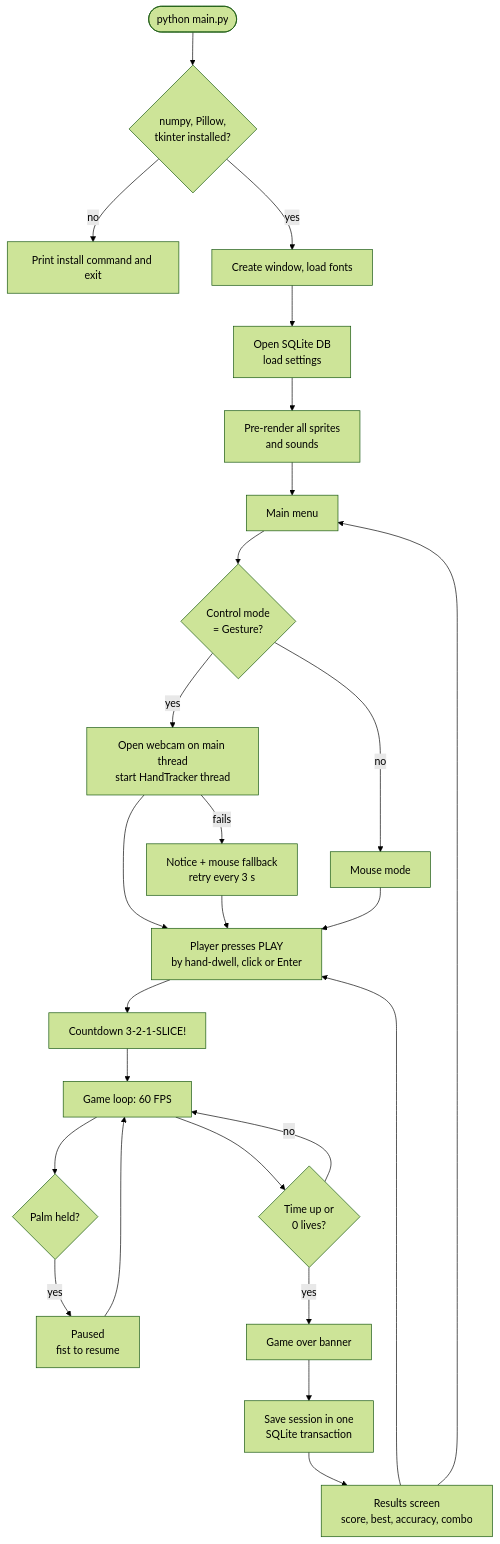
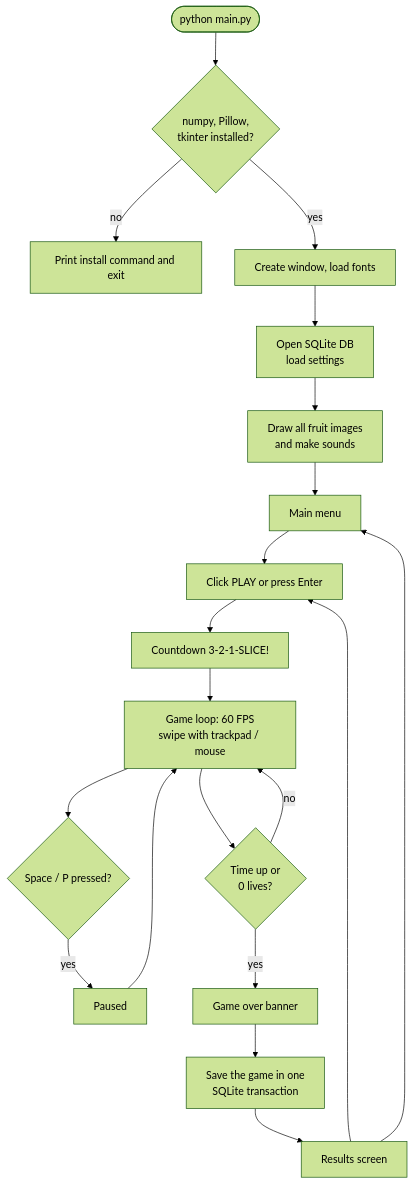
Before and after one commit to s-shriya2288/APP-project: the diagram in docs/WORKFLOW.md, drawn with Mermaid (forest theme). The commit also changed other lines of this file and 42 other files, not shown here.

First line of the commit message:
Remove camera hand tracking; play with trackpad / mouse only

````diff
--- a/docs/WORKFLOW.md
+++ b/docs/WORKFLOW.md
@@ -42,28 +35,22 @@
 ```mermaid
 flowchart TD
     A([python main.py]) --> B{numpy, Pillow,<br/>tkinter installed?}
     B -- no --> B1[Print install command and exit]
     B -- yes --> C[Create window, load fonts]
     C --> D[Open SQLite DB<br/>load settings]
-    D --> E[Pre-render all sprites<br/>and sounds]
+    D --> E[Draw all fruit images<br/>and make sounds]
     E --> F[Main menu]
-    F --> G{Control mode<br/>= Gesture?}
-    G -- yes --> H[Open webcam on main thread<br/>start HandTracker thread]
-    H -- fails --> H1[Notice + mouse fallback<br/>retry every 3 s]
-    G -- no --> I[Mouse mode]
-    H --> J
-    H1 --> J
-    I --> J[Player presses PLAY<br/>by hand-dwell, click or Enter]
+    F --> J[Click PLAY or press Enter]
     J --> K[Countdown 3-2-1-SLICE!]
-    K --> L[Game loop: 60 FPS]
-    L --> M{Palm held?}
-    M -- yes --> N[Paused<br/>fist to resume]
+    K --> L[Game loop: 60 FPS<br/>swipe with trackpad / mouse]
+    L --> M{Space / P pressed?}
+    M -- yes --> N[Paused]
     N --> L
     L --> O{Time up or<br/>0 lives?}
     O -- no --> L
     O -- yes --> P[Game over banner]
-    P --> Q[Save session in one<br/>SQLite transaction]
-    Q --> R[Results screen<br/>score, best, accuracy, combo]
+    P --> Q[Save the game in one<br/>SQLite transaction]
+    Q --> R[Results screen]
     R --> J
     R --> F
 ```
````
